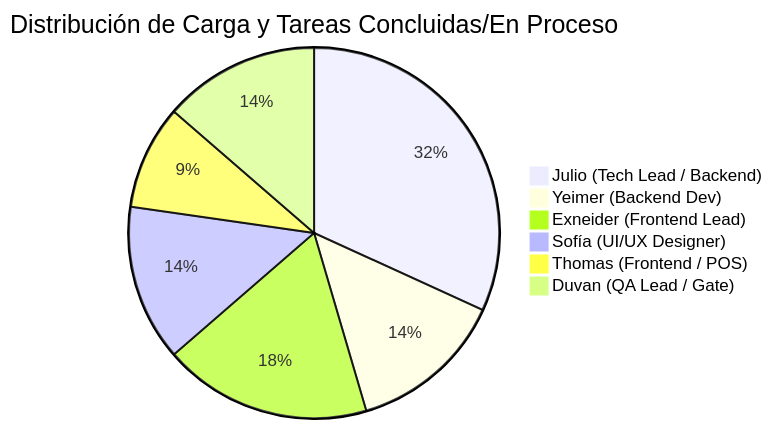
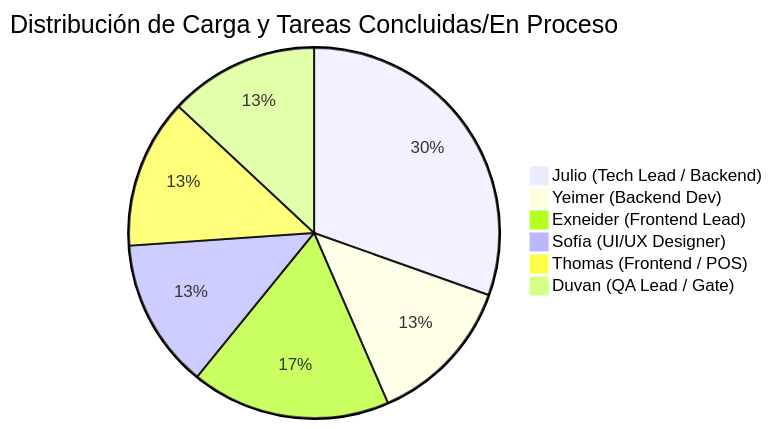
One commit to julio7879/Proyecto-Forma-POS-Pagina-web-IA changed the diagram in docs/vault/05-Estado-Sprints/PROGRESO-ACTUAL.md. Above: the diagram before and after it, drawn with Mermaid. The commit also changed other lines of this file and 2 other files, not shown here.

Commit message:
docs: actualizar progreso y asignar tareas SP2-08 y SP3-09 a Thomas

````diff
--- a/docs/vault/05-Estado-Sprints/PROGRESO-ACTUAL.md
+++ b/docs/vault/05-Estado-Sprints/PROGRESO-ACTUAL.md
@@ -25,9 +25,9 @@
 ```mermaid
 pie title Distribución de Carga y Tareas Concluidas/En Proceso
     "Julio (Tech Lead / Backend)" : 14
     "Yeimer (Backend Dev)" : 6
     "Exneider (Frontend Lead)" : 8
     "Sofía (UI/UX Designer)" : 6
-    "Thomas (Frontend / POS)" : 4
+    "Thomas (Frontend / POS)" : 6
     "Duvan (QA Lead / Gate)" : 6
 ```
````
